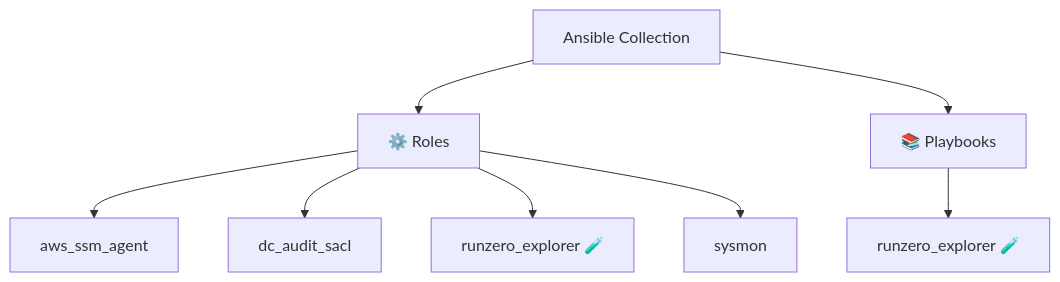
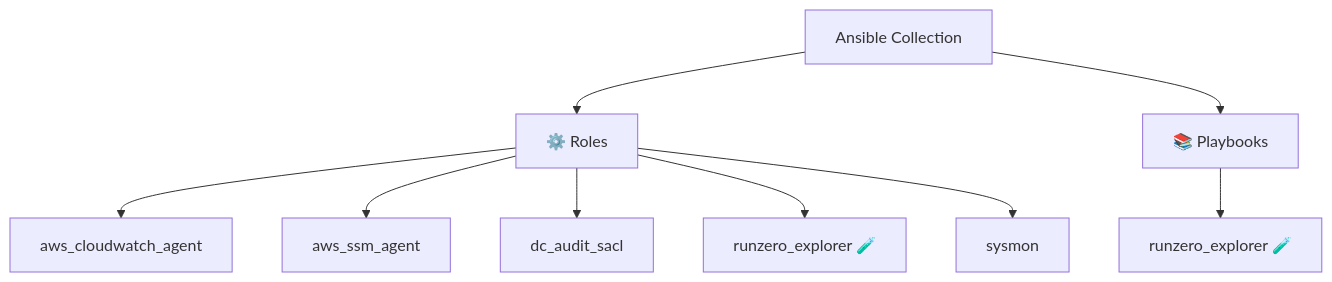
Before and after one commit to l50/ansible-collection-bulwark: the diagram in README.md, drawn with Mermaid. The commit also changed other lines of this file and 9 other files, not shown here.

First line of the commit message:
feat: add aws_cloudwatch_agent ansible role (#524)

````diff
--- a/README.md
+++ b/README.md
@@ -14,11 +14,12 @@
 ```mermaid
 graph TD
     Collection[Ansible Collection]
     Collection --> Roles[⚙️ Roles]
-    Roles --> R0[aws_ssm_agent]
-    Roles --> R1[dc_audit_sacl]
-    Roles --> R2[runzero_explorer 🧪]
-    Roles --> R3[sysmon]
+    Roles --> R0[aws_cloudwatch_agent]
+    Roles --> R1[aws_ssm_agent]
+    Roles --> R2[dc_audit_sacl]
+    Roles --> R3[runzero_explorer 🧪]
+    Roles --> R4[sysmon]
     Collection --> Playbooks[📚 Playbooks]
     Playbooks --> PB0[runzero_explorer 🧪]
 ```
````
